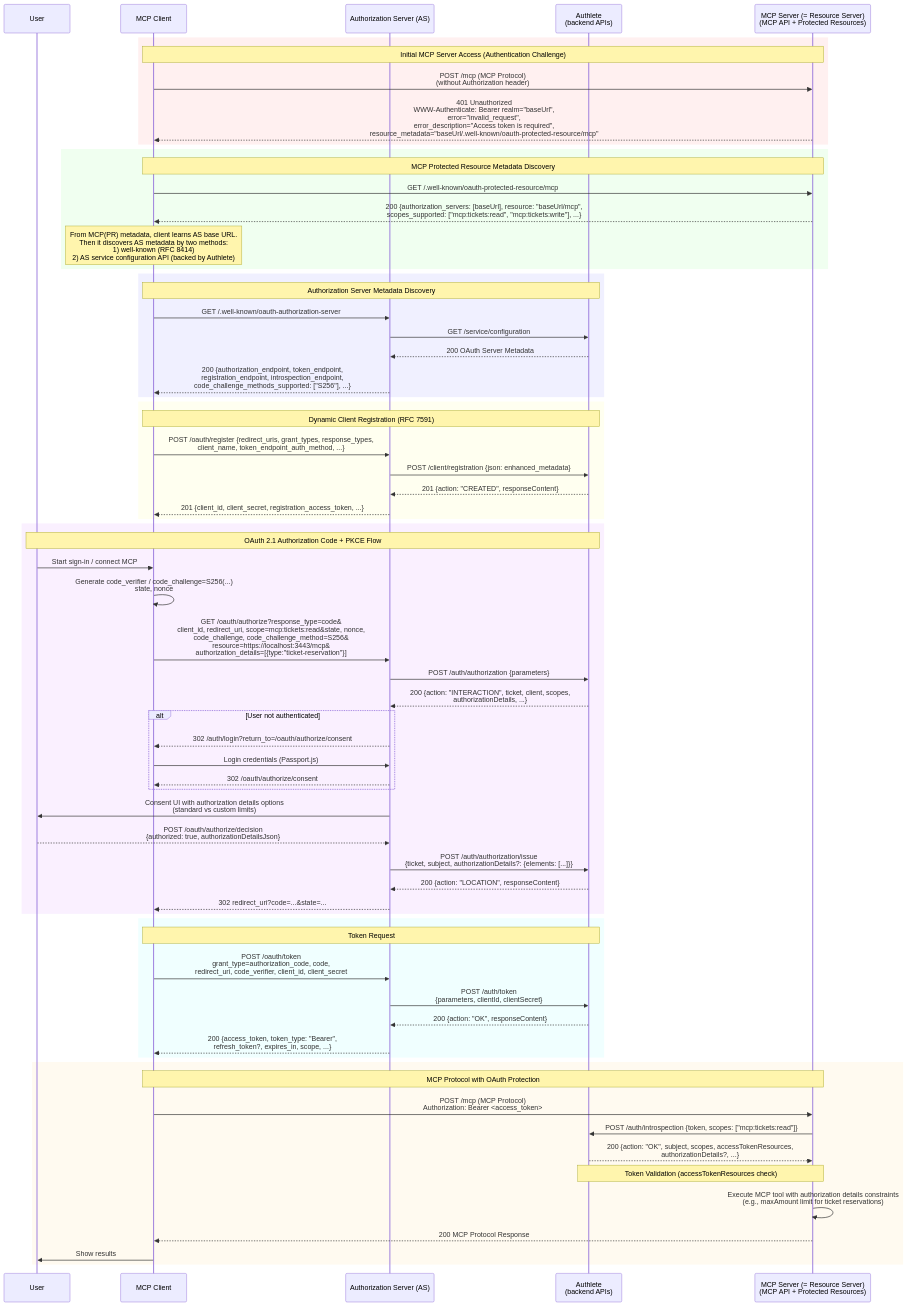
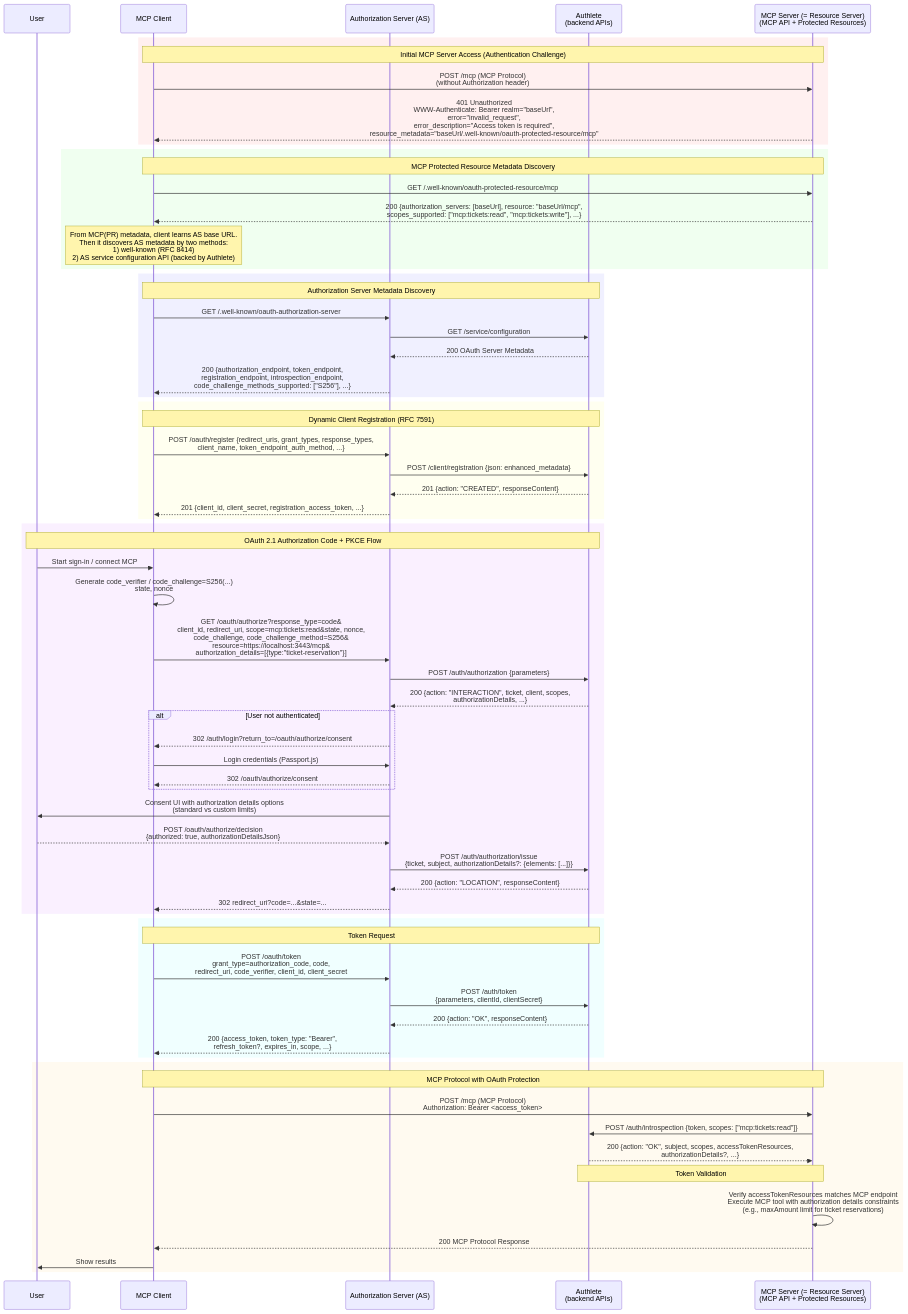
One commit to watahani/authlete-study-session-2025-08 changed the diagram in README.md. Above: the diagram before and after it, drawn with Mermaid.

Commit message:
docs: clarify MCP server validation steps in diagram
- Add explicit step for MCP server to verify accessTokenResources matches endpoint
- Show validation happens before executing MCP tools with constraints
- Better represents the actual validation flow on MCP server side

🤖 Generated with [Claude Code](https://claude.ai/code)

```diff
--- a/README.md
+++ b/README.md
@@ -169,8 +169,8 @@
         MS->>AL: POST /auth/introspection {token, scopes: ["mcp:tickets:read"]}
         AL-->>MS: 200 {action: "OK", subject, scopes, accessTokenResources,<br/>authorizationDetails?, ...}
 
-        Note over MS,AL: Token Validation (accessTokenResources check)
-        MS->>MS: Execute MCP tool with authorization details constraints<br/>(e.g., maxAmount limit for ticket reservations)
+        Note over MS,AL: Token Validation
+        MS->>MS: Verify accessTokenResources matches MCP endpoint<br/>Execute MCP tool with authorization details constraints<br/>(e.g., maxAmount limit for ticket reservations)
         MS-->>C: 200 MCP Protocol Response
 
         C->>U: Show results
```
